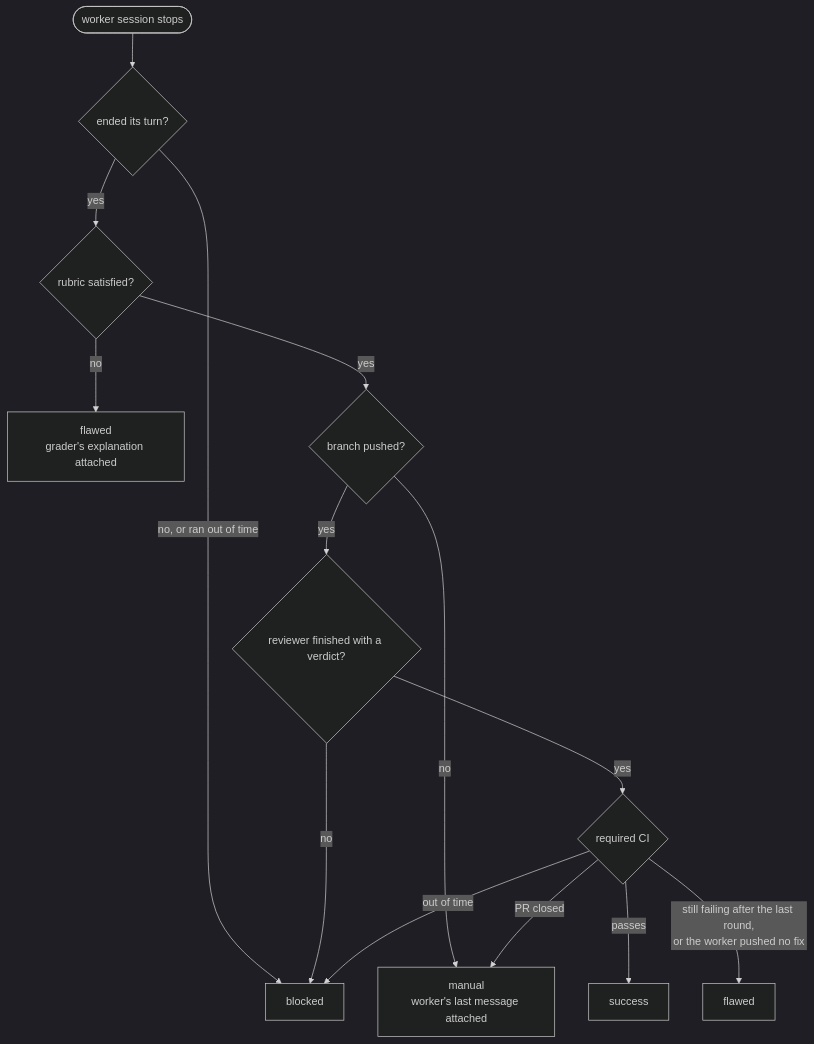
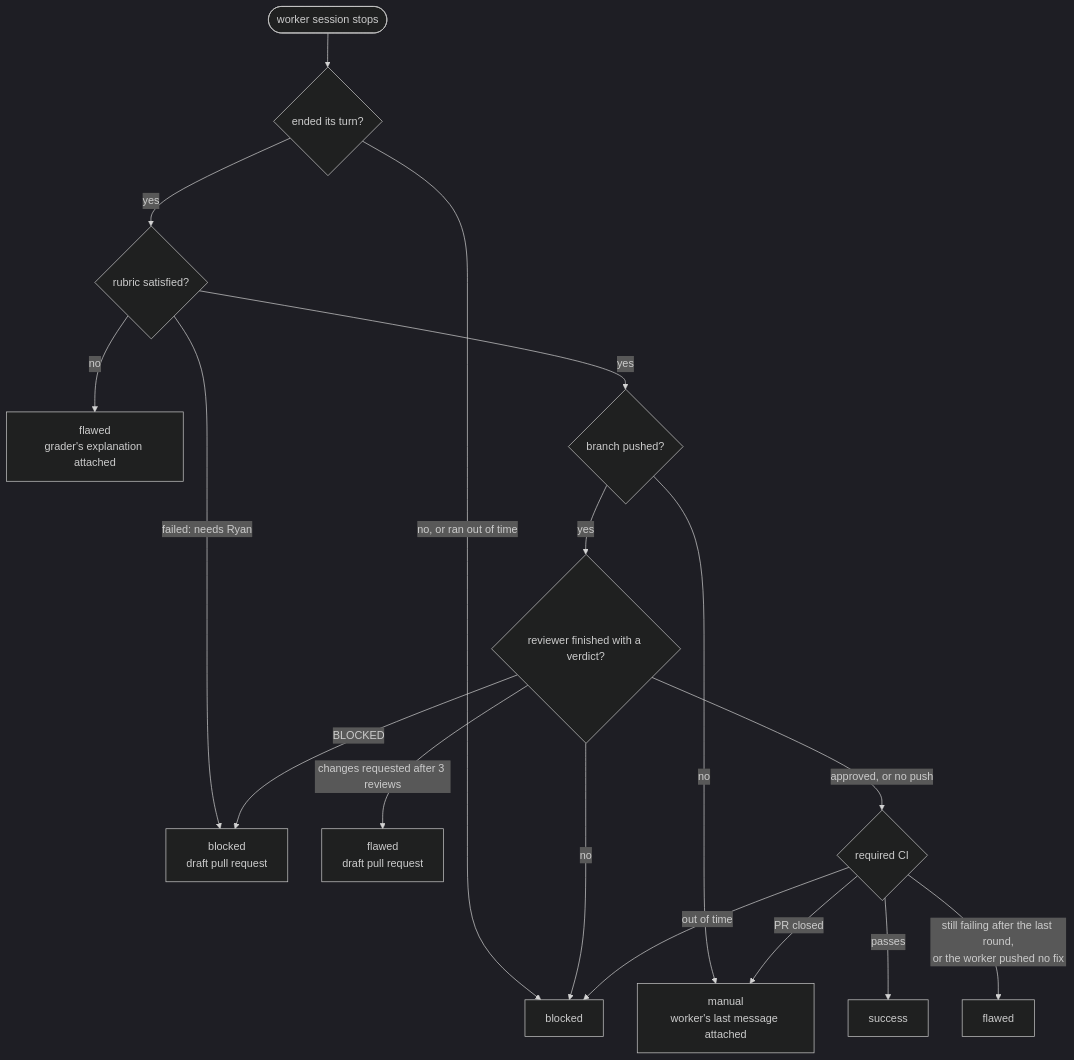
The third of 3 diagrams in factory/README.md (rhprasad0/nova-toll-budget-agent), drawn with Mermaid (dark theme) before and after one commit. The commit also changed other lines of this file and 5 other files, not shown here.

First line of the commit message:
Give the factory up to three review rounds and a blocked outcome (#860)

````diff
--- a/factory/README.md
+++ b/factory/README.md
@@ -102,16 +106,19 @@
 ```mermaid
 flowchart TD
   start([worker session stops]) --> ended{ended its turn?}
   ended -- "no, or ran out of time" --> blocked[blocked]
   ended -- yes --> graded{rubric satisfied?}
+  graded -- "failed: needs Ryan" --> blocked2["blocked<br/>draft pull request"]
   graded -- no --> flawed1["flawed<br/>grader's explanation attached"]
   graded -- yes --> branch{branch pushed?}
   branch -- no --> manual["manual<br/>worker's last message attached"]
   branch -- yes --> review{reviewer finished with a verdict?}
   review -- no --> blocked
-  review -- yes --> ci{required CI}
+  review -- BLOCKED --> blocked2
+  review -- "changes requested after 3 reviews" --> flawed3["flawed<br/>draft pull request"]
+  review -- "approved, or no push" --> ci{required CI}
   ci -- passes --> success[success]
   ci -- "still failing after the last round,<br/>or the worker pushed no fix" --> flawed2[flawed]
   ci -- "PR closed" --> manual
   ci -- "out of time" --> blocked
 ```
````
